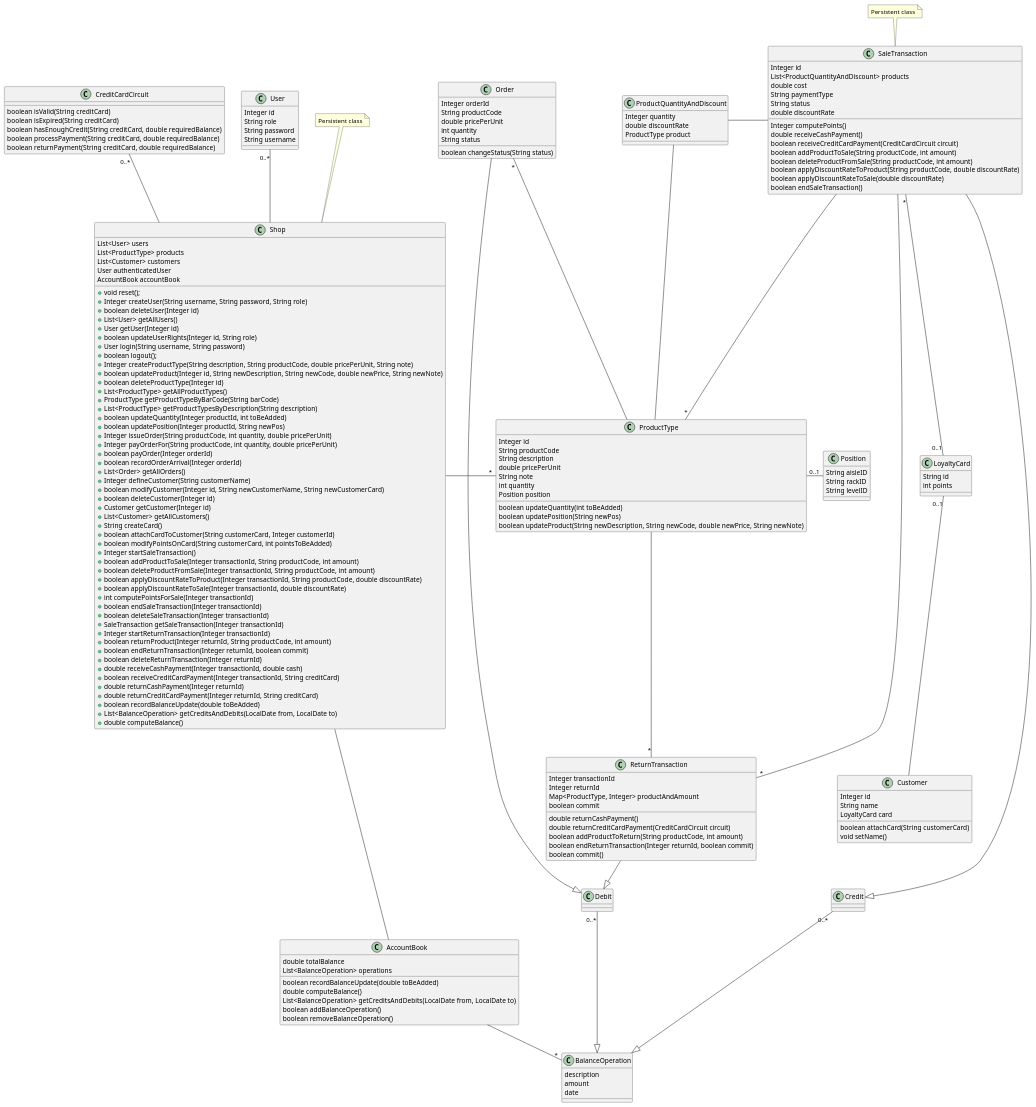
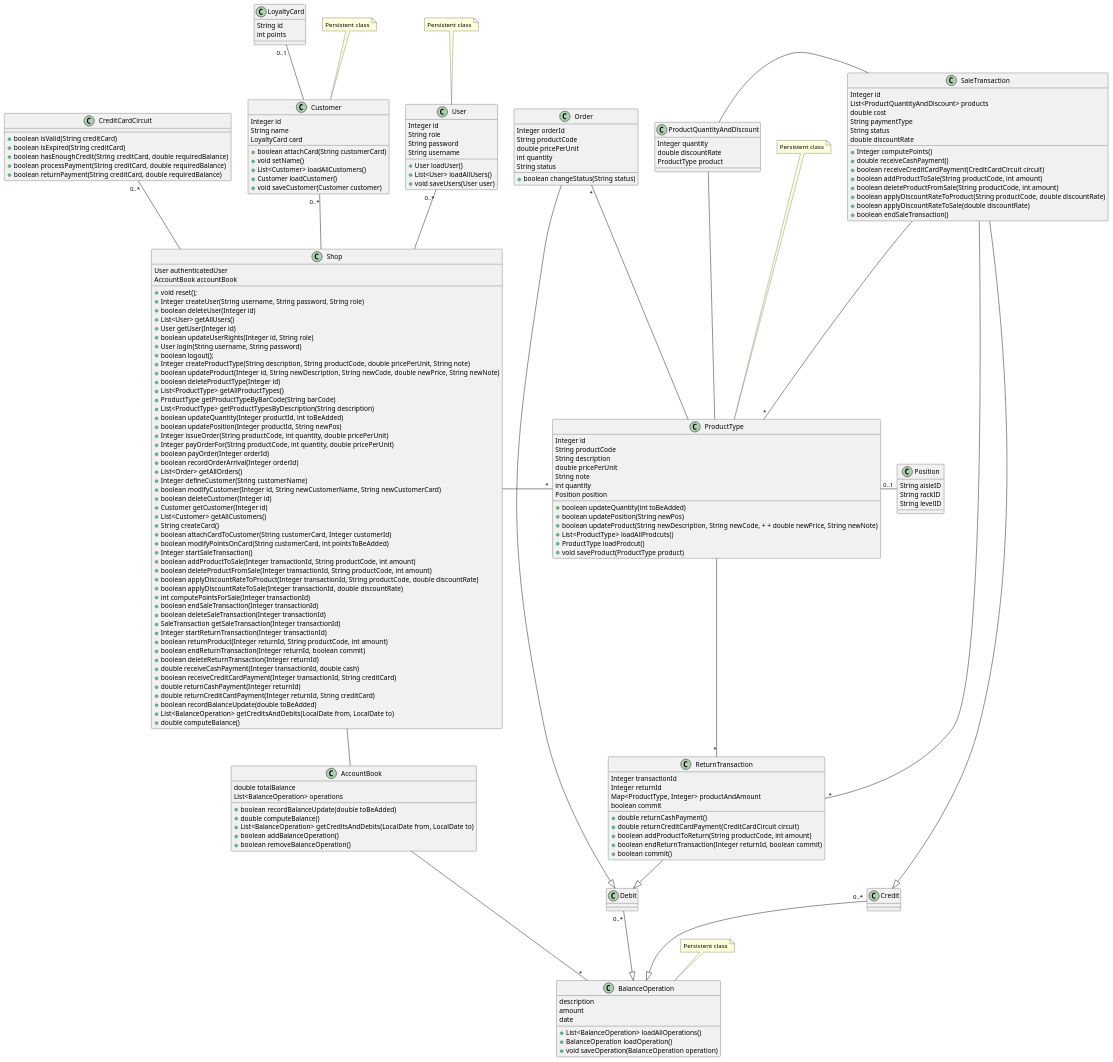
One commit to Ralls0/ezshop changed the second of 9 diagrams in Deliverables/DesignDocument.md. Above: the diagram before and after it, drawn with PlantUML. The commit also changed 4 other files, not shown here.

````diff
--- a/Deliverables/DesignDocument.md
+++ b/Deliverables/DesignDocument.md
@@ -55,21 +55,21 @@
     double totalBalance
     List<BalanceOperation> operations
 
-    boolean recordBalanceUpdate(double toBeAdded)
-    double computeBalance()
-    List<BalanceOperation> getCreditsAndDebits(LocalDate from, LocalDate to)
-    boolean addBalanceOperation()
-    boolean removeBalanceOperation()
+    + boolean recordBalanceUpdate(double toBeAdded)
+    + double computeBalance()
+    + List<BalanceOperation> getCreditsAndDebits(LocalDate from, LocalDate to)
+    + boolean addBalanceOperation()
+    + boolean removeBalanceOperation()
     
 }
 
 class CreditCardCircuit {
 
-    boolean isValid(String creditCard)
-    boolean isExpired(String creditCard)
-    boolean hasEnoughCredit(String creditCard, double requiredBalance)
-    boolean processPayment(String creditCard, double requiredBalance)
-    boolean returnPayment(String creditCard, double requiredBalance)
+    + boolean isValid(String creditCard)
+    + boolean isExpired(String creditCard)
+    + boolean hasEnoughCredit(String creditCard, double requiredBalance)
+    + boolean processPayment(String creditCard, double requiredBalance)
+    + boolean returnPayment(String creditCard, double requiredBalance)
 
 }
 
@@ -82,8 +82,11 @@
     String name
     LoyaltyCard card
 
-    boolean attachCard(String customerCard)
-    void setName()
+    + boolean attachCard(String customerCard)
+    + void setName()
+    + List<Customer> loadAllCustomers()
+    + Customer loadCustomer()
+    + void saveCustomer(Customer customer)
 
 }
 
@@ -95,6 +98,9 @@
     description
     amount
     date
+    + List<BalanceOperation> loadAllOperations()
+    + BalanceOperation loadOperation()
+    + void saveOperation(BalanceOperation operation)
 }
 
 class LoyaltyCard {
@@ -110,7 +116,7 @@
     int quantity
     String status
 
-    boolean changeStatus(String status)
+    +boolean changeStatus(String status)
 
 }
 
@@ -123,9 +129,12 @@
     int quantity
     Position position
 
-    boolean updateQuantity(int toBeAdded) 
-    boolean updatePosition(String newPos) 
-    boolean updateProduct(String newDescription, String newCode, double newPrice, String newNote)
+    + boolean updateQuantity(int toBeAdded) 
+    + boolean updatePosition(String newPos) 
+    + boolean updateProduct(String newDescription, String newCode, + + double newPrice, String newNote)
+    + List<ProductType> loadAllProdcuts()
+    + ProductType loadProdcut()
+    + void saveProduct(ProductType product)
 
 }
 
@@ -143,11 +152,11 @@
     boolean commit
     
 
-    double returnCashPayment()
-    double returnCreditCardPayment(CreditCardCircuit circuit)
-    boolean addProductToReturn(String productCode, int amount)
-    boolean endReturnTransaction(Integer returnId, boolean commit)
-    boolean commit()
+    +double returnCashPayment()
+    +double returnCreditCardPayment(CreditCardCircuit circuit)
+    +boolean addProductToReturn(String productCode, int amount)
+    +boolean endReturnTransaction(Integer returnId, boolean commit)
+    +boolean commit()
 
 }
 
@@ -165,23 +174,24 @@
     String paymentType
     String status
     double discountRate
-    Integer computePoints()
-    double receiveCashPayment()
-    boolean receiveCreditCardPayment(CreditCardCircuit circuit)
-    boolean addProductToSale(String productCode, int amount)
-    boolean deleteProductFromSale(String productCode, int amount)
-    boolean applyDiscountRateToProduct(String productCode, double discountRate)
-    boolean applyDiscountRateToSale(double discountRate)
-    boolean endSaleTransaction()
+    +Integer computePoints()
+    +double receiveCashPayment()
+    +boolean receiveCreditCardPayment(CreditCardCircuit circuit)
+    +boolean addProductToSale(String productCode, int amount)
+    +boolean deleteProductFromSale(String productCode, int amount)
+    +boolean applyDiscountRateToProduct(String productCode, double discountRate)
+    +boolean applyDiscountRateToSale(double discountRate)
+    +boolean endSaleTransaction()
 
 }
 
 class Shop {
-    List<User> users
-    List<ProductType> products
-    List<Customer> customers
+    'List<User> users
+    'List<ProductType> products
+    'List<Customer> customers
     User authenticatedUser
     AccountBook accountBook
+    'AccountBook accountBook
     + void reset();
     + Integer createUser(String username, String password, String role) 
     + boolean deleteUser(Integer id) 
@@ -239,7 +249,9 @@
     String role
     String password
     String username
-
+    +User loadUser()
+    +List<User> loadAllUsers()
+    +void saveUsers(User user)
 }
 
 AccountBook -up Shop
@@ -261,8 +273,7 @@
 
 LoyaltyCard "0..1" -- Customer
 
-SaleTransaction "*" -- "0..1" LoyaltyCard
-
+Customer "0..*"-- Shop
 ProductType - "0..1" Position
 
 ReturnTransaction "*" --up SaleTransaction
@@ -276,9 +287,12 @@
 
 
 note "Persistent class" as N1  
-N1 .. Shop
+N1 .. User
 note "Persistent class" as N2
-N2 .. SaleTransaction
-
+N2 .. BalanceOperation
+note "Persistent class" as N3
+N3 .. Customer
+note "Persistent class" as N4
+N4 .. ProductType
 @enduml
 ```
````
